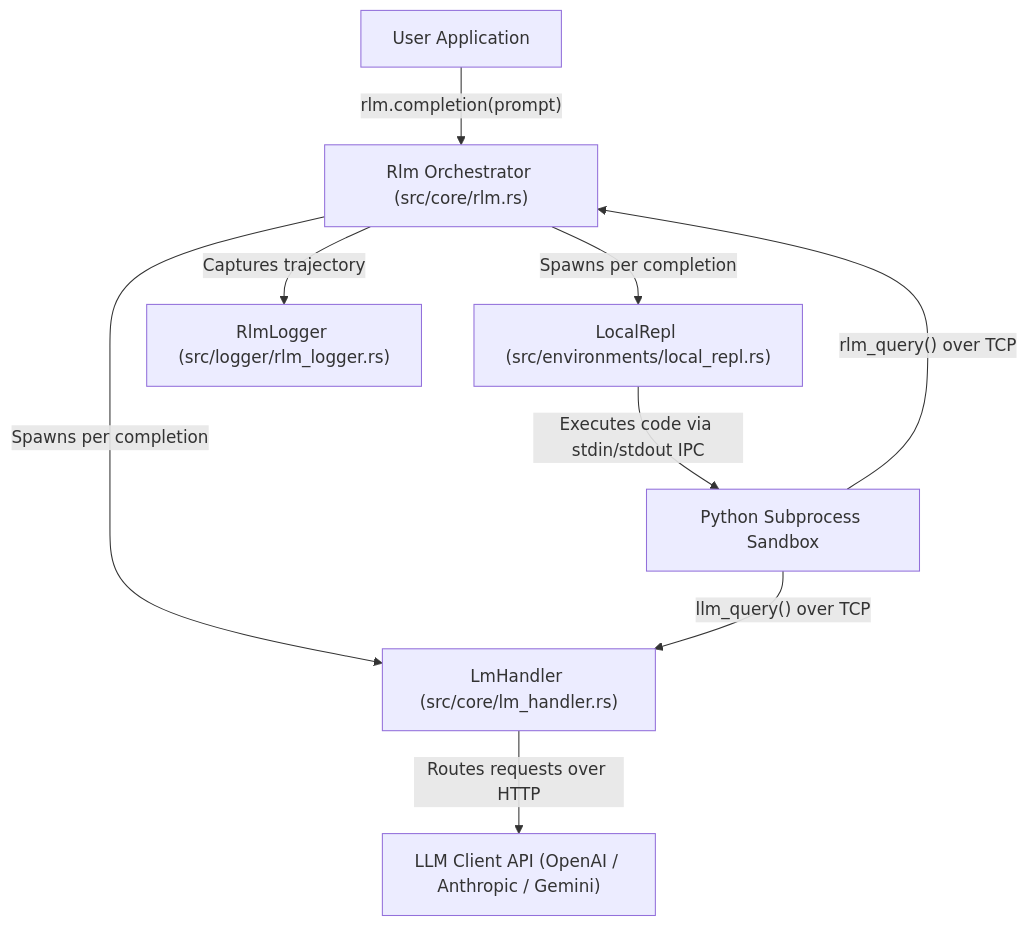
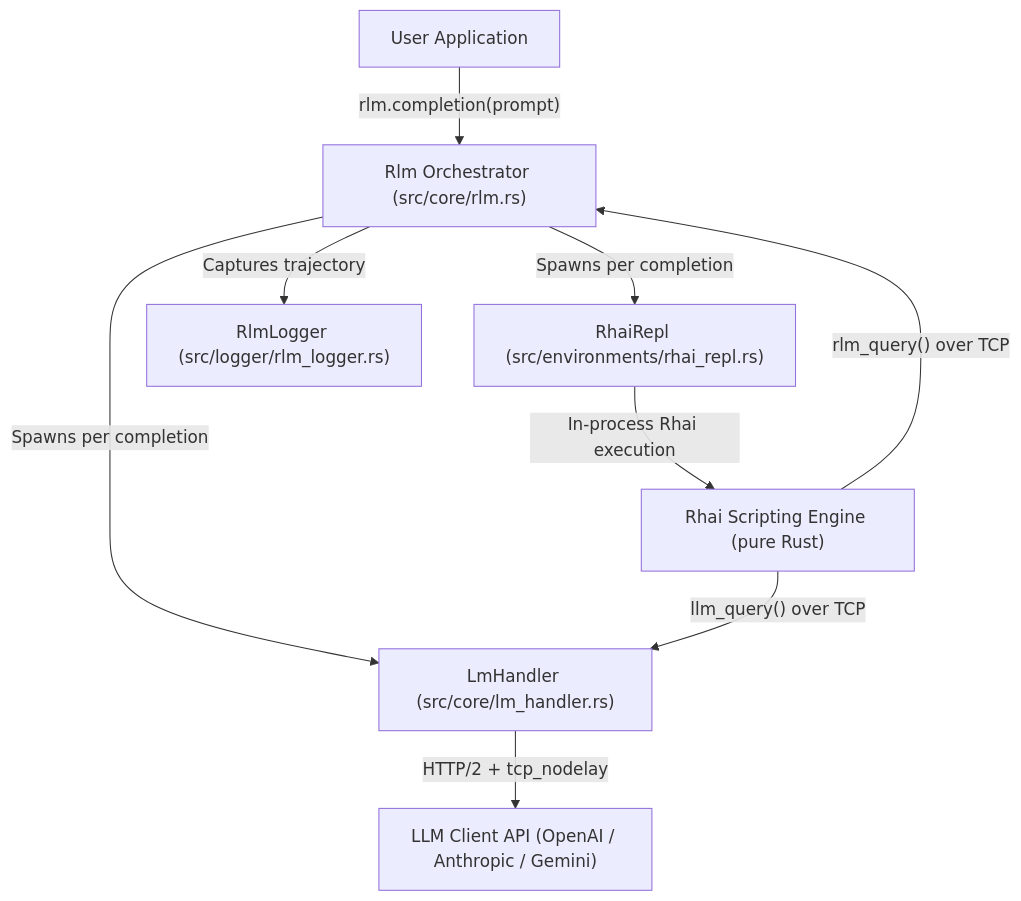
One commit to mohitjoer/RLM-Rust changed the diagram in README.md. Above: the diagram before and after it, drawn with Mermaid. The commit also changed other lines of this file and 11 other files, not shown here.

Commit message:
feat(rlm): pure Rust Rhai REPL engine v0.2.0 with HTTP/2 optimizations

````diff
--- a/README.md
+++ b/README.md
@@ -166,11 +159,11 @@
 ```mermaid
 graph TD
     User["User Application"] -->|"rlm.completion(prompt)"| RLM["Rlm Orchestrator (src/core/rlm.rs)"]
     RLM -->|"Spawns per completion"| LMH["LmHandler (src/core/lm_handler.rs)"]
-    RLM -->|"Spawns per completion"| ENV["LocalRepl (src/environments/local_repl.rs)"]
-    LMH -->|"Routes requests over HTTP"| Clients["LLM Client API (OpenAI / Anthropic / Gemini)"]
-    ENV -->|"Executes code via stdin/stdout IPC"| PyProcess["Python Subprocess Sandbox"]
-    PyProcess -->|"llm_query() over TCP"| LMH
-    PyProcess -->|"rlm_query() over TCP"| RLM
+    RLM -->|"Spawns per completion"| ENV["RhaiRepl (src/environments/rhai_repl.rs)"]
+    LMH -->|"HTTP/2 + tcp_nodelay"| Clients["LLM Client API (OpenAI / Anthropic / Gemini)"]
+    ENV -->|"In-process Rhai execution"| RhaiEngine["Rhai Scripting Engine (pure Rust)"]
+    RhaiEngine -->|"llm_query() over TCP"| LMH
+    RhaiEngine -->|"rlm_query() over TCP"| RLM
     RLM -->|"Captures trajectory"| Logger["RlmLogger (src/logger/rlm_logger.rs)"]
 ```
````
